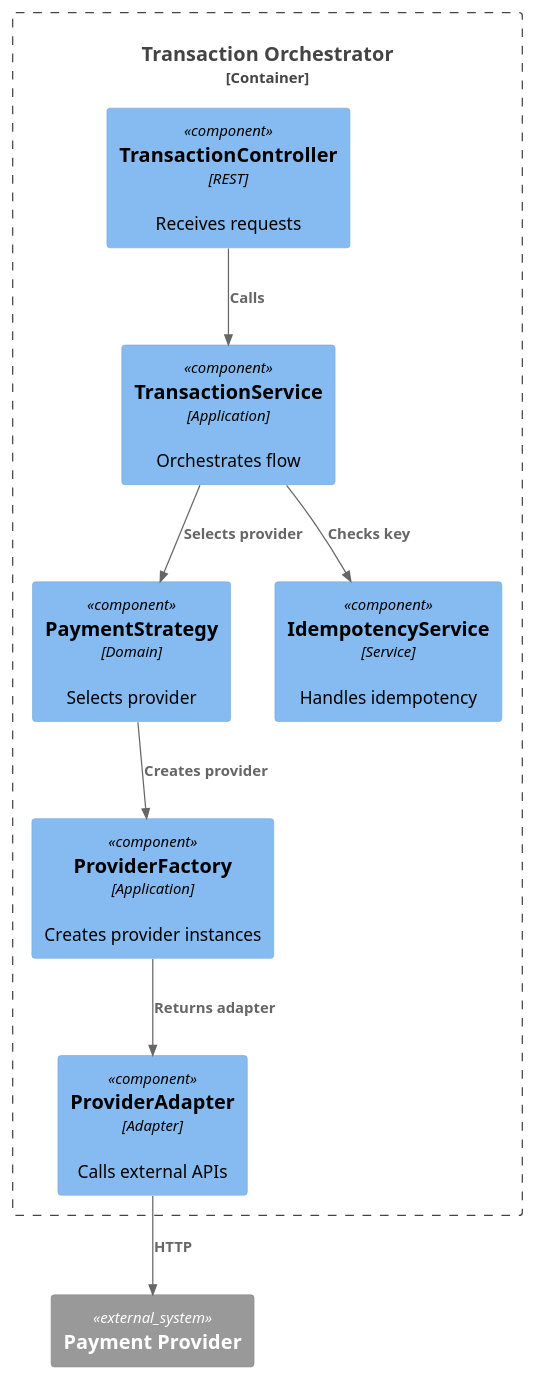
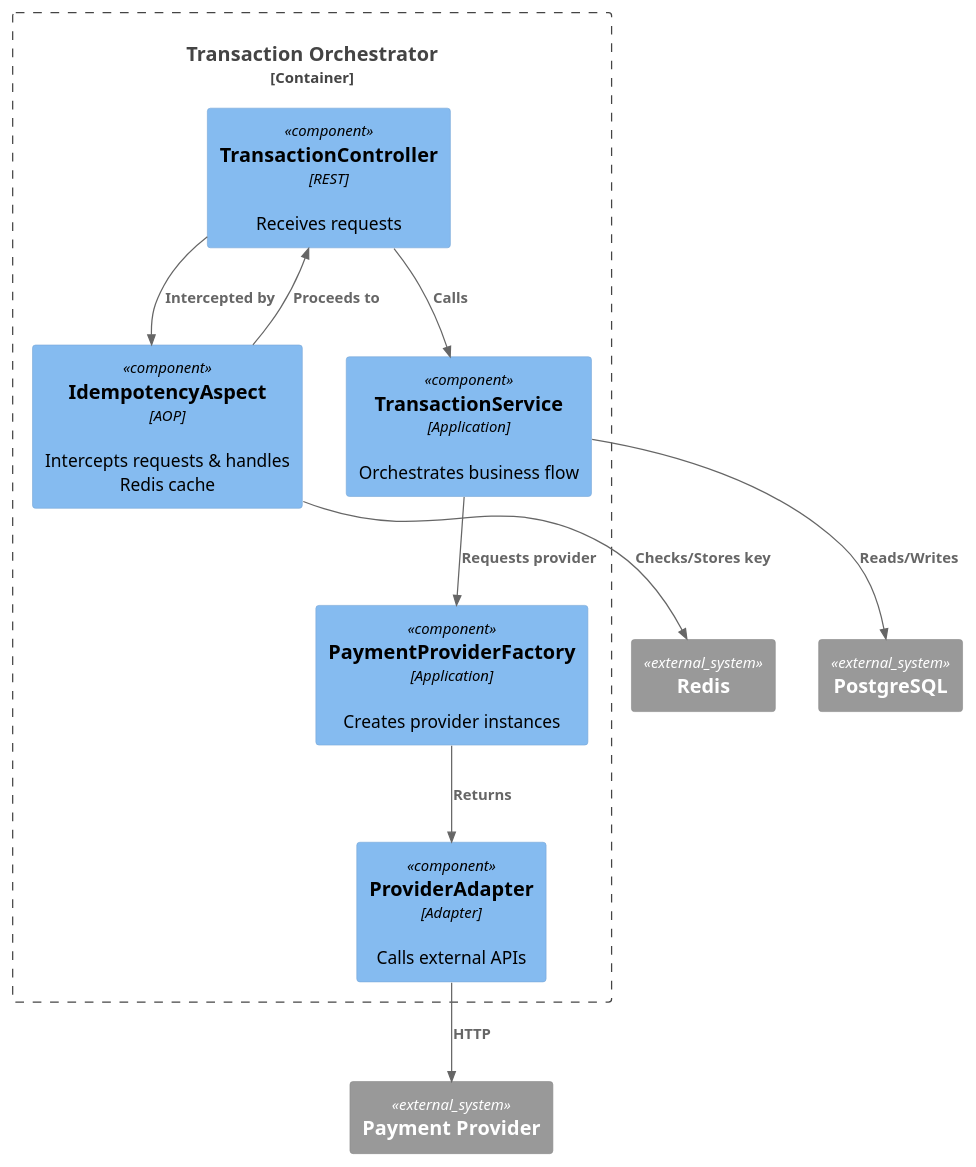
Before and after one commit to srdejo/transaction-orchestrator: the diagram in docs/diagrams/code/3_component.puml, drawn with PlantUML. The commit also changed 18 other files, not shown here.

Commit message:
docs: add comprehensive architecture documentation, ADRs, and visual diagrams to the project README and docs folder.

```diff
--- a/docs/diagrams/code/3_component.puml
+++ b/docs/diagrams/code/3_component.puml
@@ -1,25 +1,27 @@
 @startuml
 !include https://raw.githubusercontent.com/plantuml-stdlib/C4-PlantUML/master/C4_Component.puml
 
 Container_Boundary(api, "Transaction Orchestrator") {
 
-Component(controller, "TransactionController", "REST", "Receives requests")
-Component(service, "TransactionService", "Application", "Orchestrates flow")
-Component(strategy, "PaymentStrategy", "Domain", "Selects provider")
-Component(factory, "ProviderFactory", "Application", "Creates provider instances")
-
-Component(providerAdapter, "ProviderAdapter", "Adapter", "Calls external APIs")
-Component(idempotency, "IdempotencyService", "Service", "Handles idempotency")
+    Component(controller, "TransactionController", "REST", "Receives requests")
+    Component(aspect, "IdempotencyAspect", "AOP", "Intercepts requests & handles Redis cache")
+    Component(service, "TransactionService", "Application", "Orchestrates business flow")
+    Component(factory, "PaymentProviderFactory", "Application", "Creates provider instances")
+    Component(adapter, "ProviderAdapter", "Adapter", "Calls external APIs")
 
 }
 
 System_Ext(provider, "Payment Provider")
+System_Ext(redis, "Redis")
+System_Ext(db, "PostgreSQL")
 
+Rel(controller, aspect, "Intercepted by")
+Rel(aspect, redis, "Checks/Stores key")
+Rel(aspect, controller, "Proceeds to")
 Rel(controller, service, "Calls")
-Rel(service, idempotency, "Checks key")
-Rel(service, strategy, "Selects provider")
-Rel(strategy, factory, "Creates provider")
-Rel(factory, providerAdapter, "Returns adapter")
-Rel(providerAdapter, provider, "HTTP")
+Rel(service, db, "Reads/Writes")
+Rel(service, factory, "Requests provider")
+Rel(factory, adapter, "Returns")
+Rel(adapter, provider, "HTTP")
 
 @enduml
```
